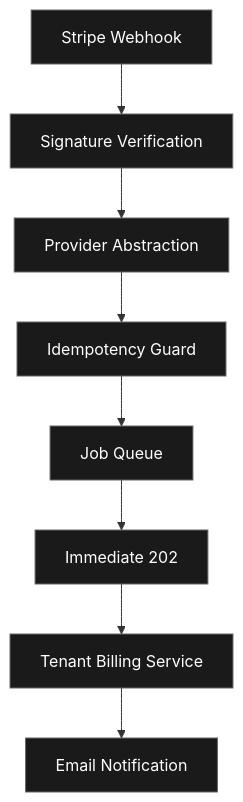
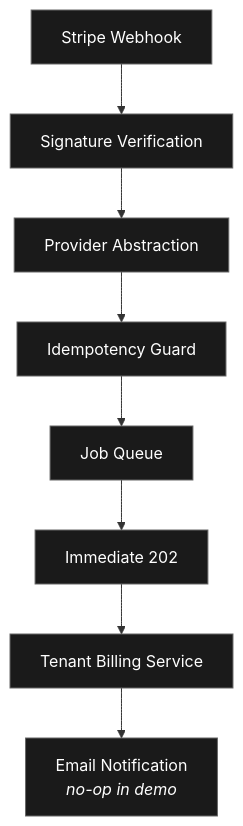
Before and after one commit to arxja/blu: the diagram in docs/guides/billing-overview.md, drawn with Mermaid. The commit also changed other lines of this file and 1 other file, not shown here.

Commit message:
fix: architecture overview in billing system and webhook endpoint details

````diff
--- a/docs/guides/billing-overview.md
+++ b/docs/guides/billing-overview.md
@@ -8,19 +8,19 @@
 ```mermaid
 graph TD
     A[Stripe Webhook] --> B[Signature Verification]
-B --> C[Provider Abstraction]
-C --> D[Idempotency Guard]
-D --> E[Job Queue]
-E --> F[Immediate 202]
-F --> G[Tenant Billing Service]
-G --> H[Email Notification]
+    B --> C[Provider Abstraction]
+    C --> D[Idempotency Guard]
+    D --> E[Job Queue]
+    E --> F[Immediate 202]
+    F --> G[Tenant Billing Service]
+    G --> H[Email Notification<br><i>no-op in demo</i>]
 
     style A fill:#1a1a1a,stroke:#666,color:#fff
     style B fill:#1a1a1a,stroke:#666,color:#fff
     style C fill:#1a1a1a,stroke:#666,color:#fff
     style D fill:#1a1a1a,stroke:#666,color:#fff
     style E fill:#1a1a1a,stroke:#666,color:#fff
     style F fill:#1a1a1a,stroke:#666,color:#fff
     style G fill:#1a1a1a,stroke:#666,color:#fff
     style H fill:#1a1a1a,stroke:#666,color:#fff
 ```
````
